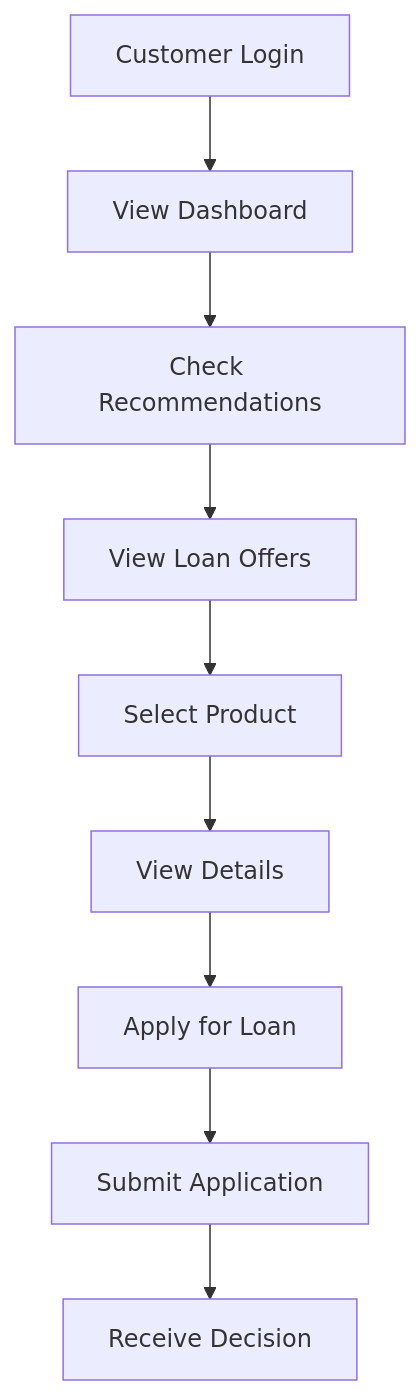
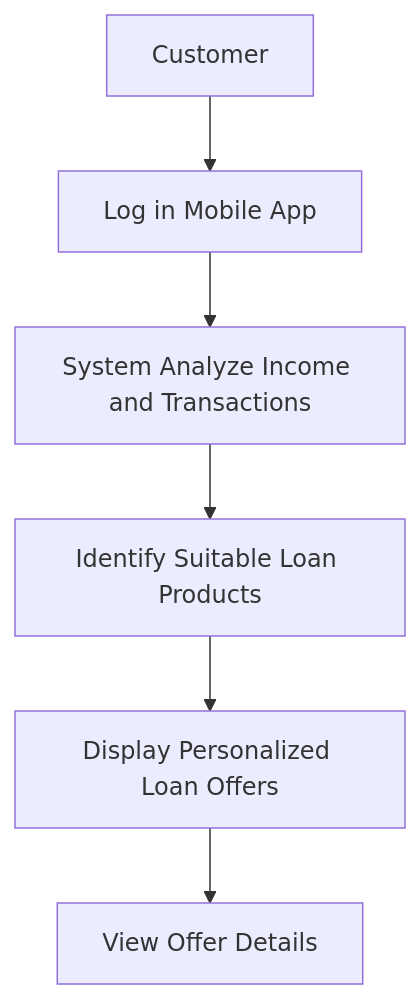
One commit to yadus1111/agentic-ba-project changed the diagram in output/diagram_3.mmd. Above: the diagram before and after it, drawn with Mermaid. The commit also changed 11 other files, not shown here.

```diff
--- a/output/diagram_3.mmd
+++ b/output/diagram_3.mmd
@@ -1,9 +1,6 @@
 flowchart TD
-A[Customer Login] --> B[View Dashboard]
-B --> C[Check Recommendations]
-C --> D[View Loan Offers]
-D --> E[Select Product]
-E --> F[View Details]
-F --> G[Apply for Loan]
-G --> H[Submit Application]
-H --> I[Receive Decision]
+A[Customer] --> B[Log in Mobile App]
+B --> C[System Analyze Income and Transactions]
+C --> D[Identify Suitable Loan Products]
+D --> E[Display Personalized Loan Offers]
+E --> F[View Offer Details]
```
